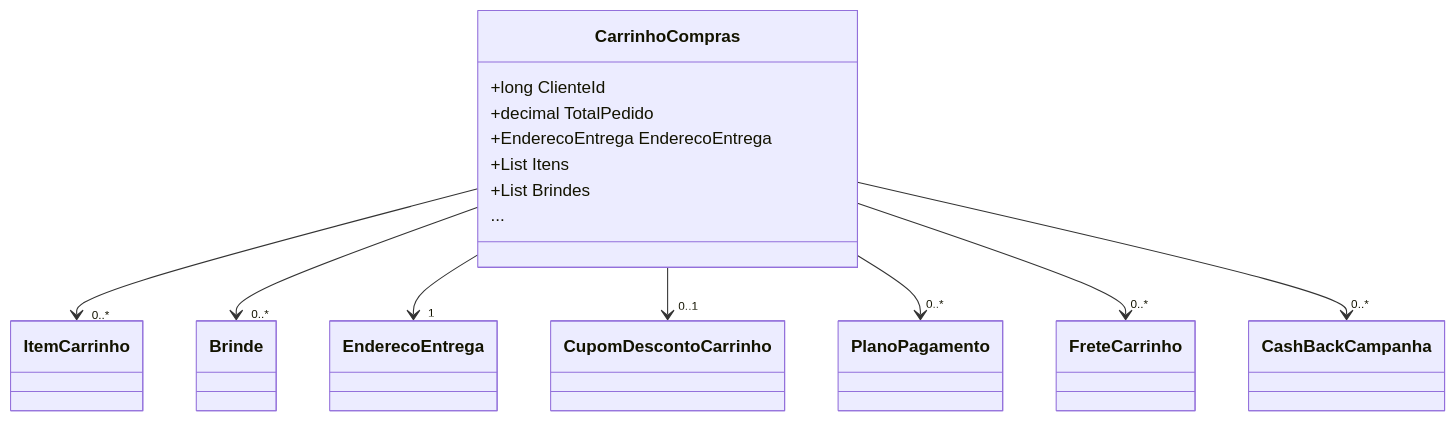
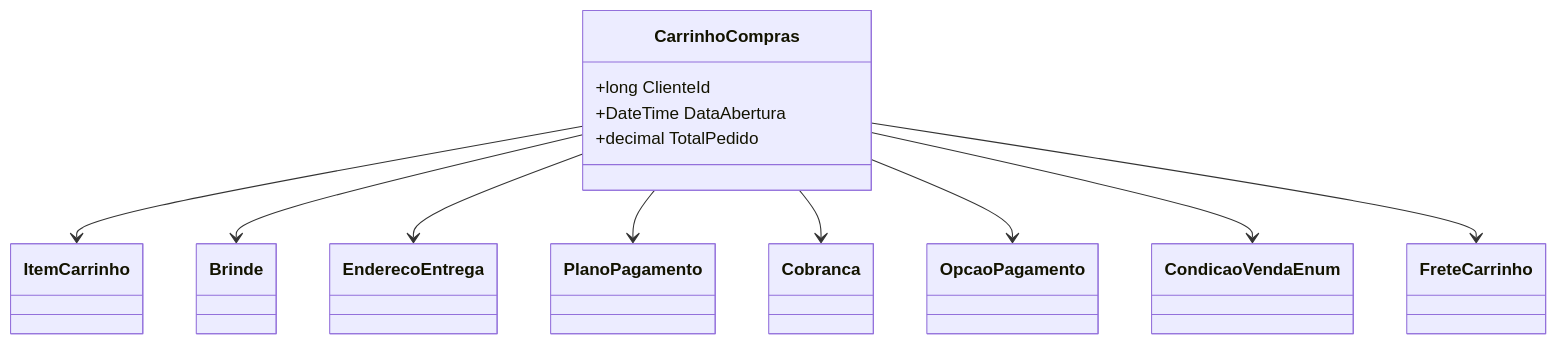
Before and after one commit to IsthmusSistemas/documentacao-tecnica: the second of 2 diagrams in docs/b2b-dominio/IsthmusWinthor.Nucleo/IsthmusWinthor.Dominio/POCO/Carrinho/CarrinhoCompras.md, drawn with Mermaid. The commit also changed other lines of this file and 882 other files, not shown here.

````diff
--- a/docs/b2b-dominio/IsthmusWinthor.Nucleo/IsthmusWinthor.Dominio/POCO/Carrinho/CarrinhoCompras.md
+++ b/docs/b2b-dominio/IsthmusWinthor.Nucleo/IsthmusWinthor.Dominio/POCO/Carrinho/CarrinhoCompras.md
@@ -85,25 +85,16 @@
 ```mermaid
 classDiagram
     class CarrinhoCompras {
         +long ClienteId
+        +DateTime DataAbertura
         +decimal TotalPedido
-        +EnderecoEntrega EnderecoEntrega
-        +List<ItemCarrinho> Itens
-        +List<Brinde> Brindes
-        ...
     }
-    class ItemCarrinho
-    class Brinde
-    class EnderecoEntrega
-    class CupomDescontoCarrinho
-    class PlanoPagamento
-    class FreteCarrinho
-    class CashBackCampanha
-    CarrinhoCompras --> "0..*" ItemCarrinho
-    CarrinhoCompras --> "0..*" Brinde
-    CarrinhoCompras --> "1" EnderecoEntrega
-    CarrinhoCompras --> "0..1" CupomDescontoCarrinho
-    CarrinhoCompras --> "0..*" PlanoPagamento
-    CarrinhoCompras --> "0..*" FreteCarrinho
-    CarrinhoCompras --> "0..*" CashBackCampanha
+    CarrinhoCompras --> ItemCarrinho
+    CarrinhoCompras --> Brinde
+    CarrinhoCompras --> EnderecoEntrega
+    CarrinhoCompras --> PlanoPagamento
+    CarrinhoCompras --> Cobranca
+    CarrinhoCompras --> OpcaoPagamento
+    CarrinhoCompras --> CondicaoVendaEnum
+    CarrinhoCompras --> FreteCarrinho
 ```
````
